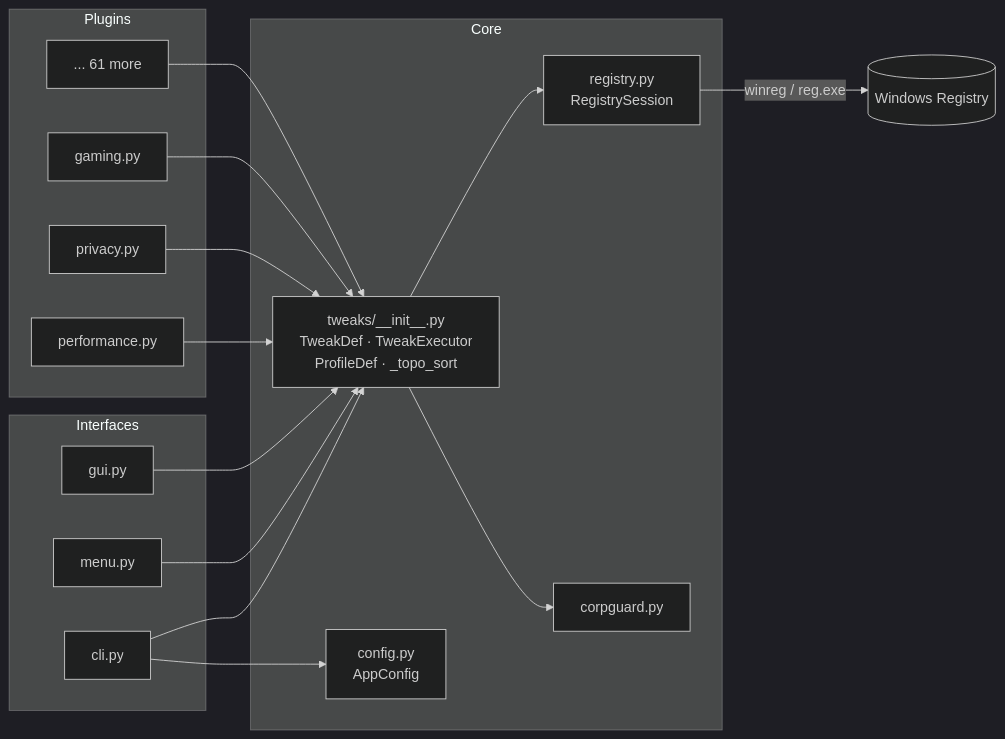
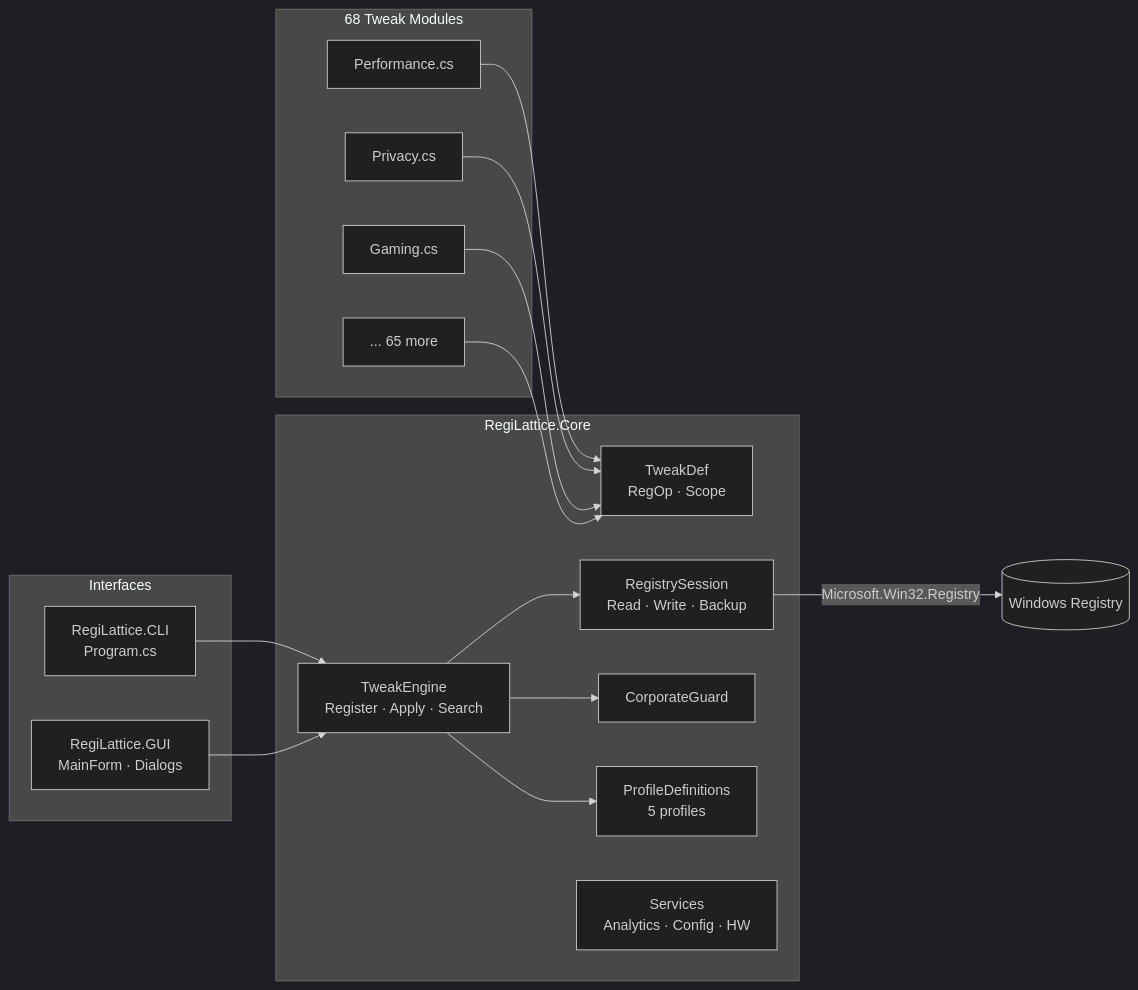
Before and after one commit to RajwanYair/RegiLattice: the diagram in Readme.md, drawn with Mermaid (dark theme). The commit also changed other lines of this file and 21 other files, not shown here.

````diff
--- a/Readme.md
+++ b/Readme.md
@@ -37,34 +34,34 @@
 ```mermaid
 graph LR
     subgraph Interfaces
-        CLI[cli.py]
-        Menu[menu.py]
-        GUI[gui.py]
+        CLI[RegiLattice.CLI<br/>Program.cs]
+        GUI[RegiLattice.GUI<br/>MainForm · Dialogs]
     end
 
-    subgraph Core
-        TI[tweaks/__init__.py<br/>TweakDef · TweakExecutor<br/>ProfileDef · _topo_sort]
-        REG[registry.py<br/>RegistrySession]
-        CFG[config.py<br/>AppConfig]
-        CG[corpguard.py]
+    subgraph Core["RegiLattice.Core"]
+        TE[TweakEngine<br/>Register · Apply · Search]
+        TD[TweakDef<br/>RegOp · Scope]
+        RS[RegistrySession<br/>Read · Write · Backup]
+        CG[CorporateGuard]
+        PD[ProfileDefinitions<br/>5 profiles]
+        SV[Services<br/>Analytics · Config · HW]
     end
 
-    subgraph Plugins
-        P1[performance.py]
-        P2[privacy.py]
-        P3[gaming.py]
-        PN[... 61 more]
+    subgraph Tweaks["68 Tweak Modules"]
+        T1[Performance.cs]
+        T2[Privacy.cs]
+        T3[Gaming.cs]
+        TN[... 65 more]
     end
 
-    CLI --> TI
-    Menu --> TI
-    GUI --> TI
-    TI --> REG
-    TI --> CG
-    CLI --> CFG
-    P1 --> TI
-    P2 --> TI
-    P3 --> TI
-    PN --> TI
-    REG -->|winreg / reg.exe| WR[(Windows Registry)]
+    CLI --> TE
+    GUI --> TE
+    TE --> RS
+    TE --> CG
+    TE --> PD
+    T1 --> TD
+    T2 --> TD
+    T3 --> TD
+    TN --> TD
+    RS -->|Microsoft.Win32.Registry| WR[(Windows Registry)]
 ```
````
